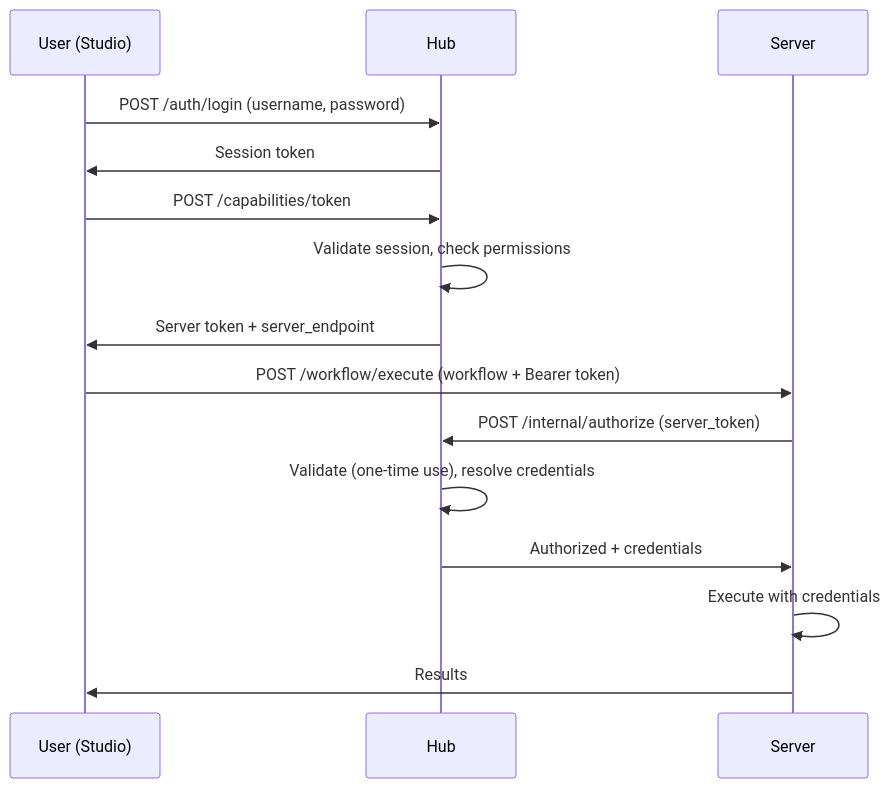
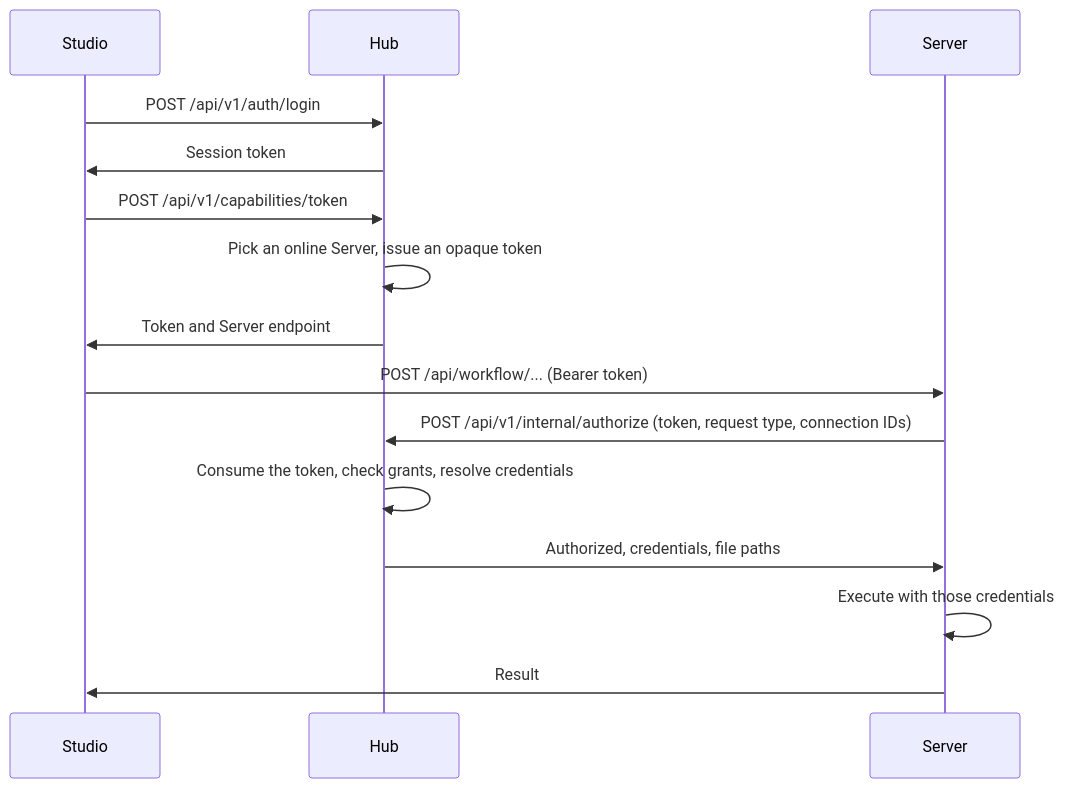
One commit to Sigilweaver/Loom changed the fourth of 5 diagrams in docs/docs/developer/architecture/component-relationships.md. Above: the diagram before and after it, drawn with Mermaid. The commit also changed other lines of this file and 5 other files, not shown here.

First line of the commit message:
docs(developer): correct architecture pages to match the code

````diff
--- a/docs/docs/developer/architecture/component-relationships.md
+++ b/docs/docs/developer/architecture/component-relationships.md
@@ -153,20 +90,18 @@
 ```mermaid
 sequenceDiagram
-    participant U as User (Studio)
+    participant U as Studio
     participant H as Hub
     participant S as Server
 
-    U->>H: POST /auth/login (username, password)
+    U->>H: POST /api/v1/auth/login
     H->>U: Session token
-
-    U->>H: POST /capabilities/token
-    H->>H: Validate session, check permissions
-    H->>U: Server token + server_endpoint
-
-    U->>S: POST /workflow/execute (workflow + Bearer token)
-    S->>H: POST /internal/authorize (server_token)
-    H->>H: Validate (one-time use), resolve credentials
-    H->>S: Authorized + credentials
-    S->>S: Execute with credentials
-    S->>U: Results
+    U->>H: POST /api/v1/capabilities/token
+    H->>H: Pick an online Server, issue an opaque token
+    H->>U: Token and Server endpoint
+    U->>S: POST /api/workflow/... (Bearer token)
+    S->>H: POST /api/v1/internal/authorize (token, request type, connection IDs)
+    H->>H: Consume the token, check grants, resolve credentials
+    H->>S: Authorized, credentials, file paths
+    S->>S: Execute with those credentials
+    S->>U: Result
 ```
````
